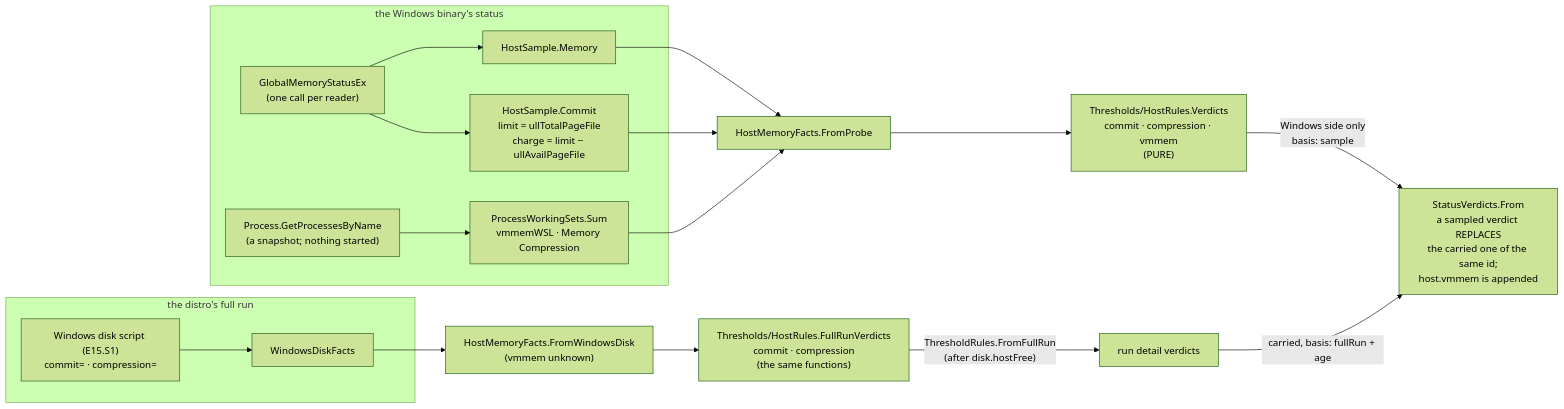
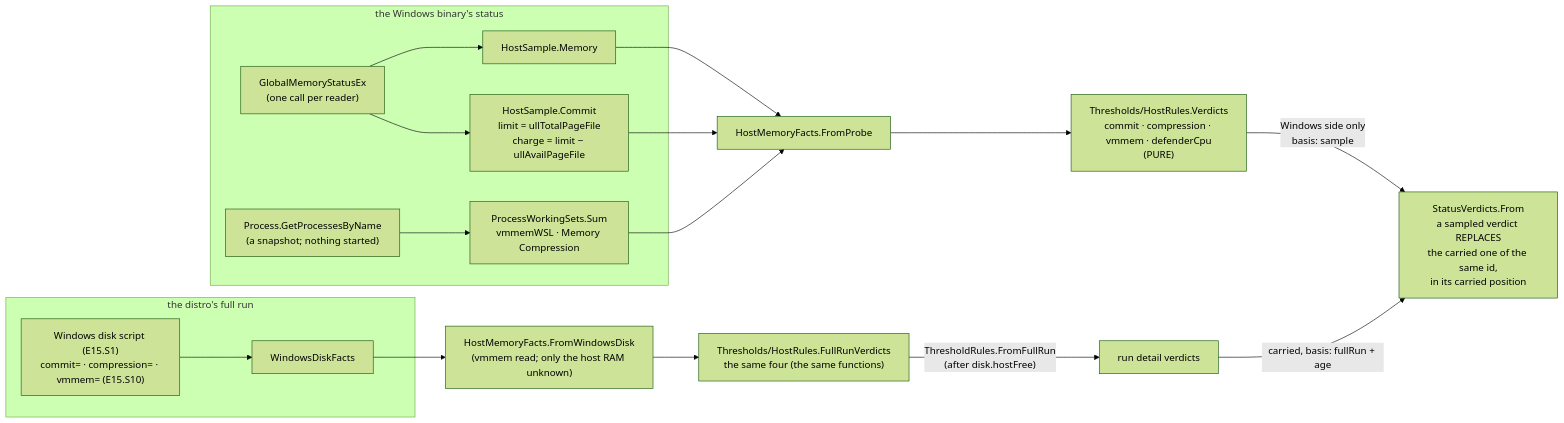
One commit to oleksandrdubyna88/wsl_care changed diagram 12 of 20 in research/module_daemon.md. Above: the diagram before and after it, drawn with Mermaid (forest theme). The commit also changed other lines of this file and 6 other files, not shown here.

````diff
--- a/research/module_daemon.md
+++ b/research/module_daemon.md
@@ -803,20 +811,20 @@
 ```mermaid
 flowchart LR
     subgraph windows["the Windows binary's status"]
         gmse["GlobalMemoryStatusEx<br/>(one call per reader)"] --> mem["HostSample.Memory"]
         gmse --> commit["HostSample.Commit<br/>limit = ullTotalPageFile<br/>charge = limit − ullAvailPageFile"]
         procs["Process.GetProcessesByName<br/>(a snapshot; nothing started)"] --> ws["ProcessWorkingSets.Sum<br/>vmmemWSL · Memory Compression"]
     end
     subgraph distro["the distro's full run"]
-        script["Windows disk script (E15.S1)<br/>commit= · compression="] --> wdf["WindowsDiskFacts"]
+        script["Windows disk script (E15.S1)<br/>commit= · compression= · vmmem= (E15.S10)"] --> wdf["WindowsDiskFacts"]
     end
     mem --> probe["HostMemoryFacts.FromProbe"]
     commit --> probe
     ws --> probe
-    wdf --> disk["HostMemoryFacts.FromWindowsDisk<br/>(vmmem unknown)"]
-    probe --> rules["Thresholds/HostRules.Verdicts<br/>commit · compression · vmmem<br/>(PURE)"]
-    disk --> fr["Thresholds/HostRules.FullRunVerdicts<br/>commit · compression<br/>(the same functions)"]
-    rules -- "Windows side only<br/>basis: sample" --> sv["StatusVerdicts.From<br/>a sampled verdict REPLACES<br/>the carried one of the same id;<br/>host.vmmem is appended"]
+    wdf --> disk["HostMemoryFacts.FromWindowsDisk<br/>(vmmem read; only the host RAM unknown)"]
+    probe --> rules["Thresholds/HostRules.Verdicts<br/>commit · compression · vmmem · defenderCpu<br/>(PURE)"]
+    disk --> fr["Thresholds/HostRules.FullRunVerdicts<br/>the same four (the same functions)"]
+    rules -- "Windows side only<br/>basis: sample" --> sv["StatusVerdicts.From<br/>a sampled verdict REPLACES<br/>the carried one of the same id,<br/>in its carried position"]
     fr -- "ThresholdRules.FromFullRun<br/>(after disk.hostFree)" --> detail["run detail verdicts"]
     detail -- "carried, basis: fullRun + age" --> sv
 ```
````
